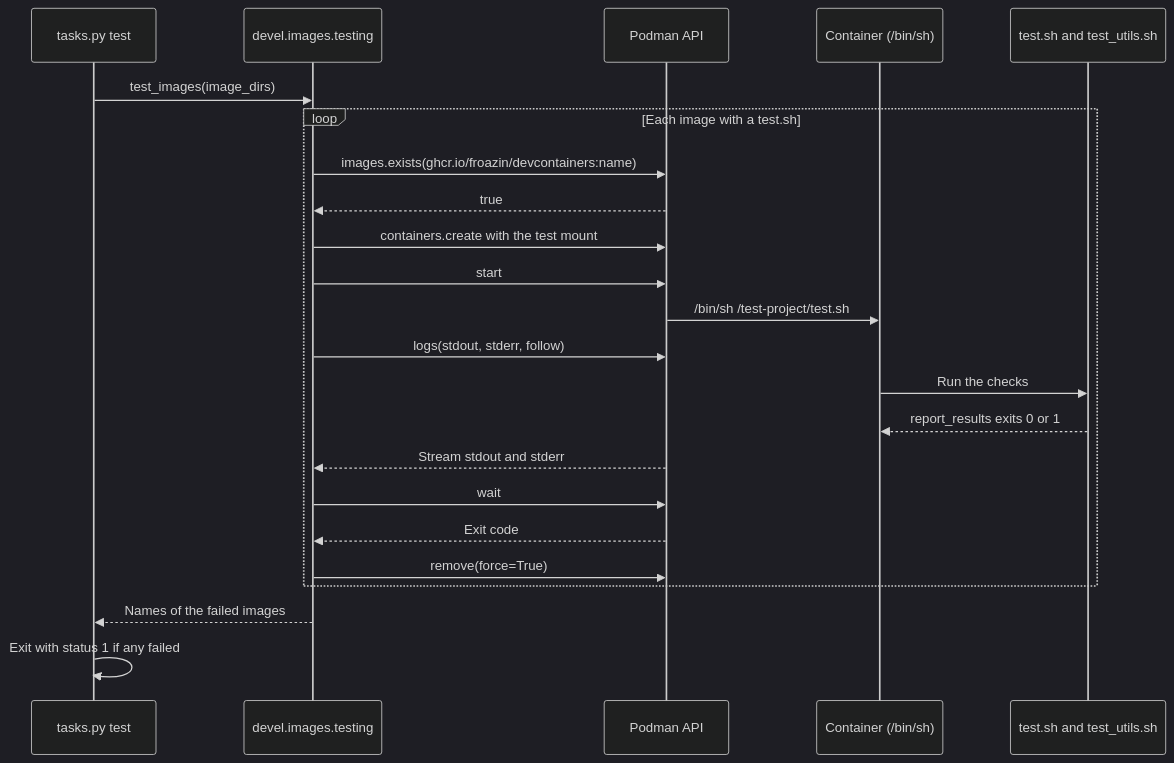
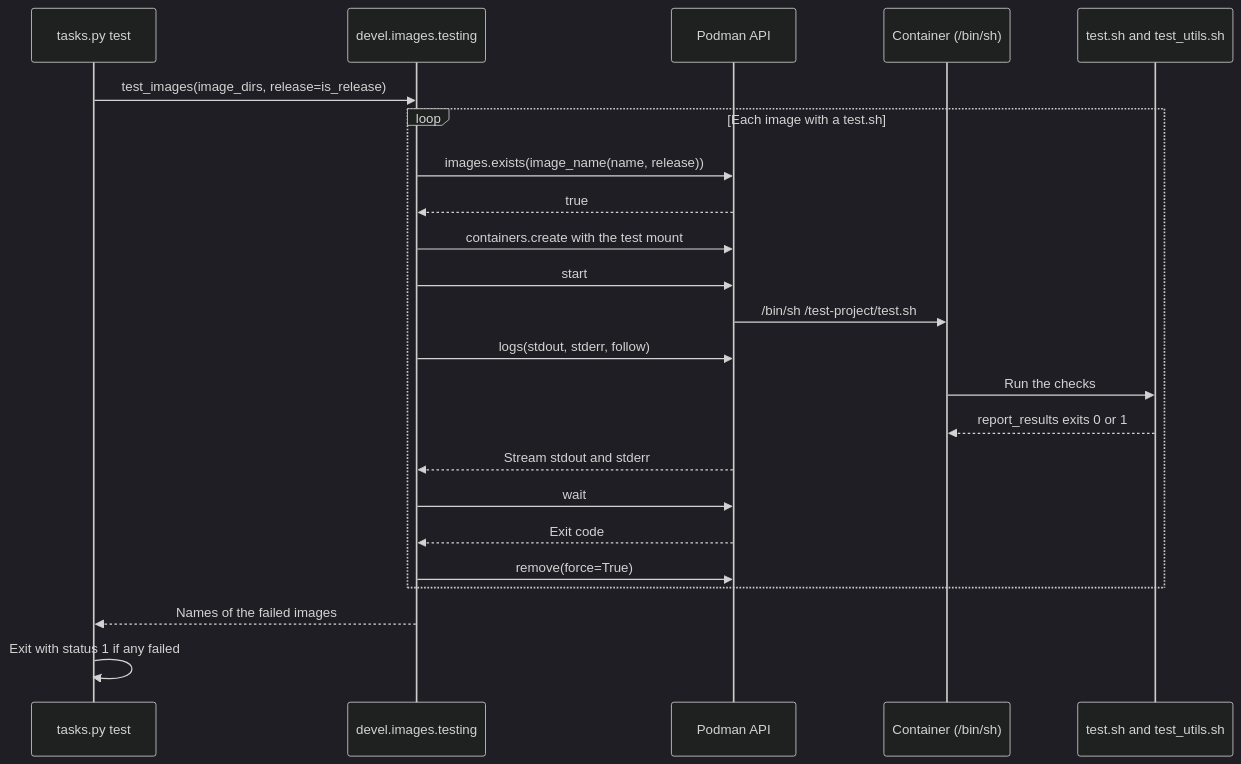
Before and after one commit to froazin/devcontainers: the diagram in docs/container-images/tests.md, drawn with Mermaid (dark theme). The commit also changed other lines of this file and 22 other files, not shown here.

First line of the commit message:
feat(images): Name dev builds <tag>-dev and add OCI labels

````diff
--- a/docs/container-images/tests.md
+++ b/docs/container-images/tests.md
@@ -27,27 +27,27 @@
 ```mermaid
 sequenceDiagram
     accTitle: Running the image tests
-    accDescr: The test task calls test_images, which asks podman for each built image, creates a container that runs test.sh, streams its output, waits for its exit code and removes it. The task fails when any image failed.
+    accDescr: The test task calls test_images, which asks podman for each image's dev build, or its release build with --is-release, creates a container that runs test.sh, streams its output, waits for its exit code and removes it. The task fails when any image failed.
     participant Task as tasks.py test
     participant Testing as devel.images.testing
     participant Podman as Podman API
     participant Container as Container (/bin/sh)
     participant Script as test.sh and test_utils.sh
-    Task->>Testing: test_images(image_dirs)
+    Task->>Testing: test_images(image_dirs, release=is_release)
     loop Each image with a test.sh
-        Testing->>Podman: images.exists(ghcr.io/froazin/devcontainers:name)
+        Testing->>Podman: images.exists(image_name(name, release))
         Podman-->>Testing: true
         Testing->>Podman: containers.create with the test mount
         Testing->>Podman: start
         Podman->>Container: /bin/sh /test-project/test.sh
         Testing->>Podman: logs(stdout, stderr, follow)
         Container->>Script: Run the checks
         Script-->>Container: report_results exits 0 or 1
         Podman-->>Testing: Stream stdout and stderr
         Testing->>Podman: wait
         Podman-->>Testing: Exit code
         Testing->>Podman: remove(force=True)
     end
     Testing-->>Task: Names of the failed images
     Task->>Task: Exit with status 1 if any failed
 ```
````
